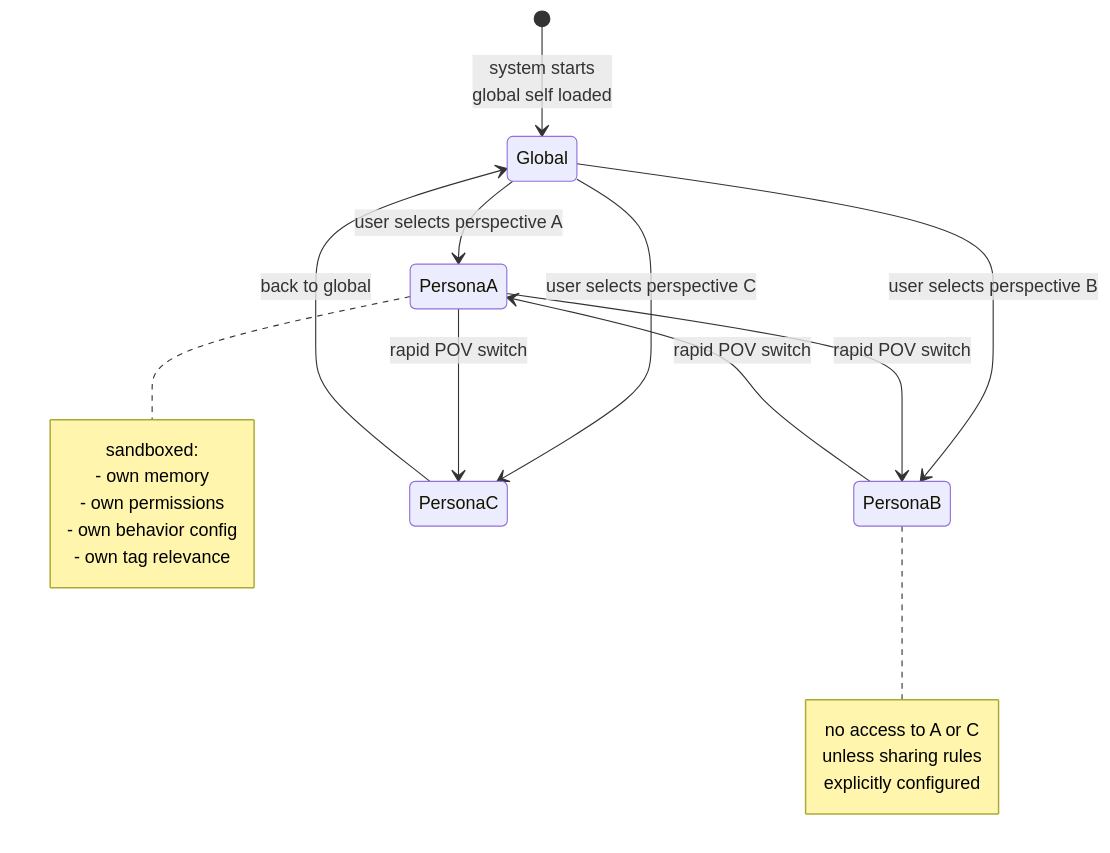
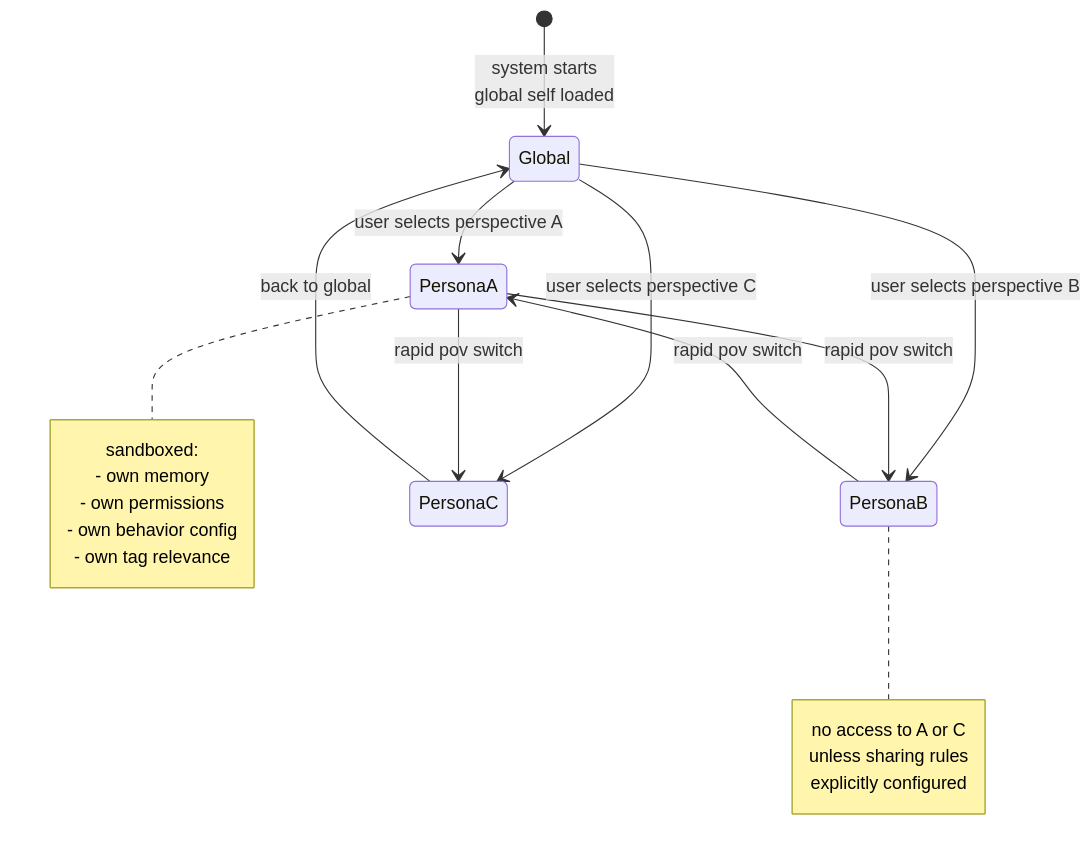
The fourth of 16 diagrams in yaps/technobabble/archtecture.md (tinkrland/prixie), drawn with Mermaid before and after one commit. The commit also changed other lines of this file and 8 other files, not shown here.

````diff
--- a/yaps/technobabble/archtecture.md
+++ b/yaps/technobabble/archtecture.md
@@ -113,26 +113,26 @@
 ```mermaid
 stateDiagram-v2
     [*] --> Global: system starts<br/>global self loaded
     Global --> PersonaA: user selects perspective A
     Global --> PersonaB: user selects perspective B
     Global --> PersonaC: user selects perspective C
 
-    PersonaA --> PersonaB: rapid POV switch
-    PersonaB --> PersonaA: rapid POV switch
-    PersonaA --> PersonaC: rapid POV switch
+    PersonaA --> PersonaB: rapid pov switch
+    PersonaB --> PersonaA: rapid pov switch
+    PersonaA --> PersonaC: rapid pov switch
     PersonaC --> Global: back to global
 
     note right of PersonaA
         sandboxed:
         - own memory
         - own permissions
         - own behavior config
         - own tag relevance
     end note
 
     note right of PersonaB
         no access to A or C
         unless sharing rules
         explicitly configured
     end note
 ```
````
